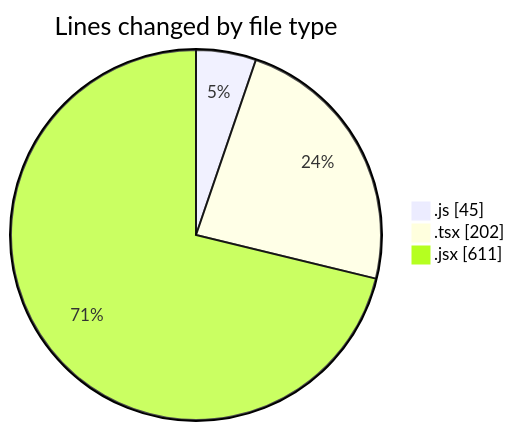
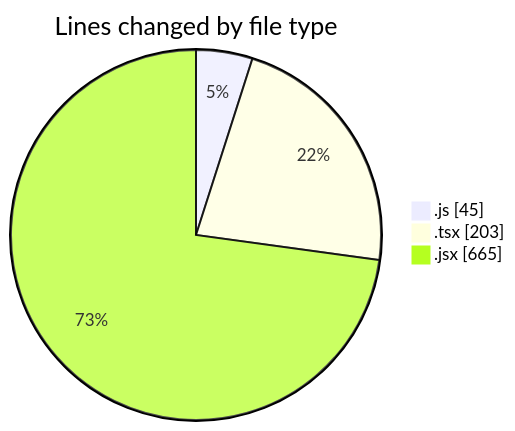
Before and after one commit to nxtqubesakshisongat/code-tracking: the first of 2 diagrams in 2026-01-09/nxtqube_webapp/README.md, drawn with Mermaid. The commit also changed other lines of this file and 1 other file, not shown here.

````diff
--- a/2026-01-09/nxtqube_webapp/README.md
+++ b/2026-01-09/nxtqube_webapp/README.md
@@ -23,7 +23,7 @@
 ```mermaid
 pie showData
 title Lines changed by file type
 ".js" : 45
-".tsx" : 202
-".jsx" : 611
+".tsx" : 203
+".jsx" : 665
 ```
````
